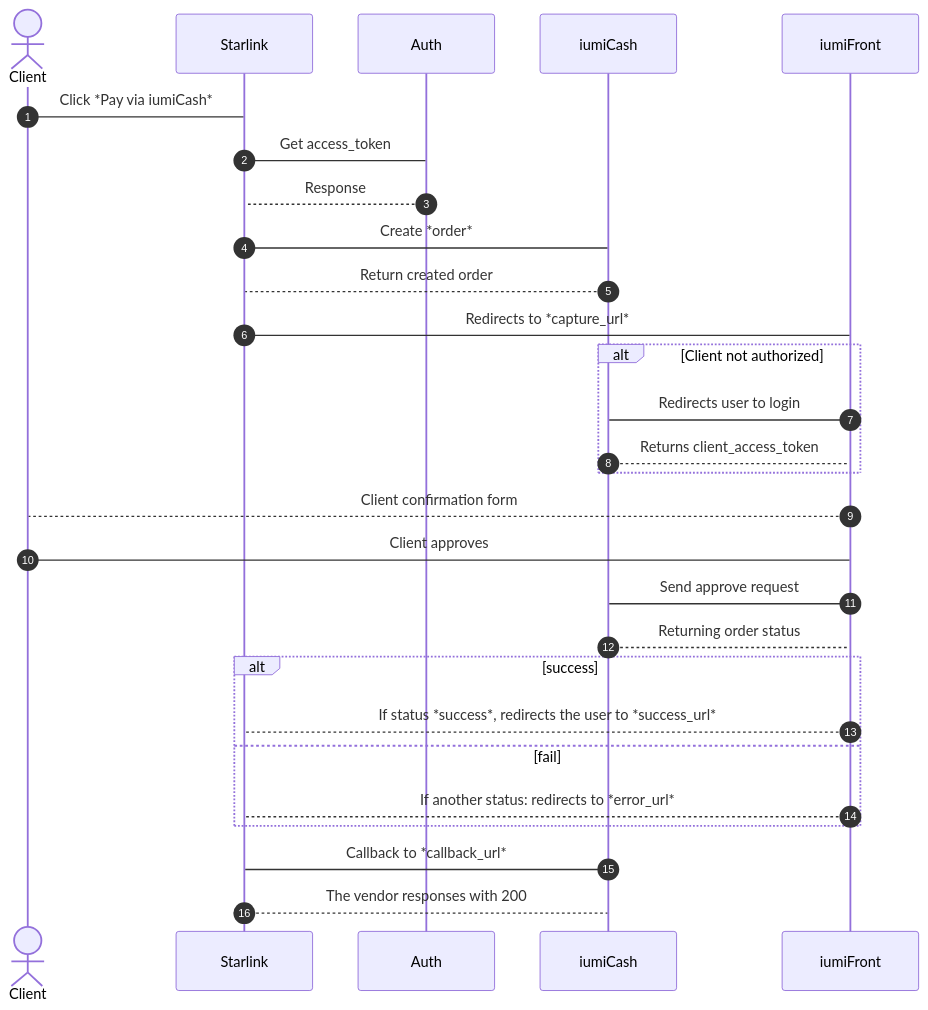
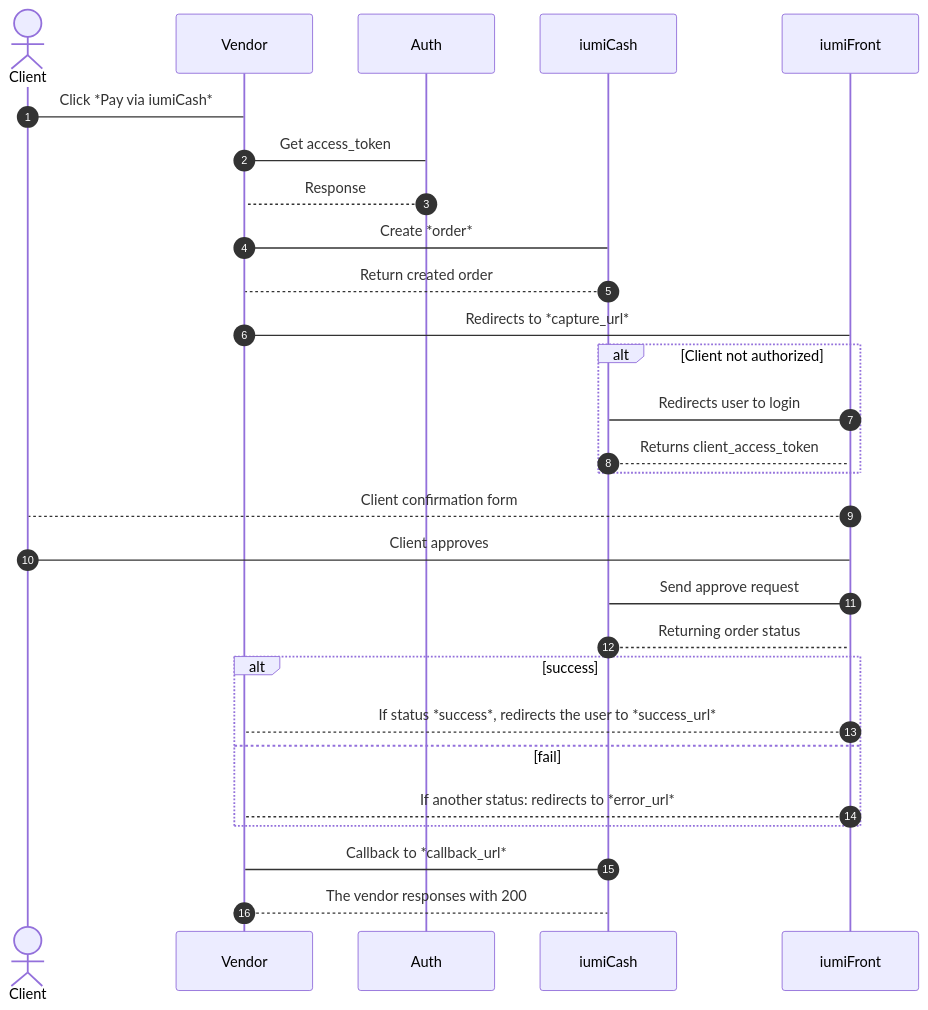
Before and after one commit to iumiCash/iumiCash.github.io: the diagram in docs/diagrams/onetime.md, drawn with Mermaid. The commit also changed 4 other files, not shown here.

````diff
--- a/docs/diagrams/onetime.md
+++ b/docs/diagrams/onetime.md
@@ -8,39 +8,39 @@
     ```mermaid
     sequenceDiagram
         autonumber
 
         actor Client
 
-        participant Starlink
+        participant Vendor
         participant Auth
         participant iumiCash
         participant iumiFront
 
-        Client->Starlink: Click *Pay via iumiCash*
+        Client->Vendor: Click *Pay via iumiCash*
 
-        Starlink->Auth: Get access_token
-        Auth-->Starlink: Response
+        Vendor->Auth: Get access_token
+        Auth-->Vendor: Response
 
-        Starlink->iumiCash:Create *order*
-        iumiCash-->Starlink:Return created order
+        Vendor->iumiCash:Create *order*
+        iumiCash-->Vendor:Return created order
 
-        Starlink->iumiFront: Redirects to *capture_url*
+        Vendor->iumiFront: Redirects to *capture_url*
         alt Client not authorized
         iumiFront->iumiCash: Redirects user to login
         iumiCash-->iumiFront: Returns client_access_token
         end
         iumiFront-->Client: Client confirmation form
         Client->iumiFront: Client approves
 
         iumiFront->iumiCash: Send approve request
         iumiCash-->iumiFront: Returning order status
         alt success
-        iumiFront-->Starlink: If status *success*, redirects the user to *success_url*
+        iumiFront-->Vendor: If status *success*, redirects the user to *success_url*
         else fail
-        iumiFront-->Starlink: If another status: redirects to *error_url* 
+        iumiFront-->Vendor: If another status: redirects to *error_url* 
         end
 
-        iumiCash->Starlink: Callback to *callback_url*
-        Starlink-->iumiCash: The vendor responses with 200
+        iumiCash->Vendor: Callback to *callback_url*
+        Vendor-->iumiCash: The vendor responses with 200
 
     ```
````
